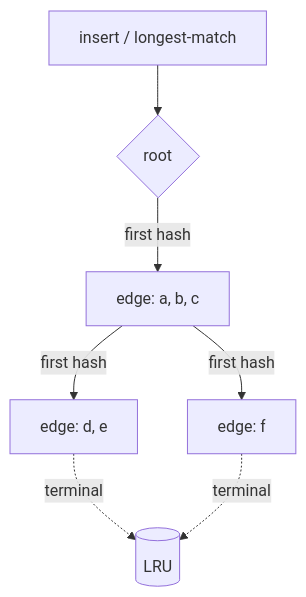
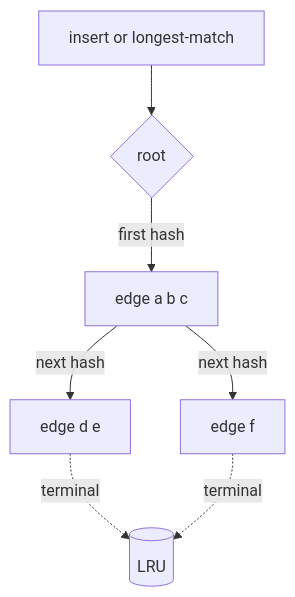
One commit to zxuhan/llm-router changed the second of 2 diagrams in docs/architecture.md. Above: the diagram before and after it, drawn with Mermaid. The commit also changed other lines of this file and 14 other files, not shown here.

````diff
--- a/docs/architecture.md
+++ b/docs/architecture.md
@@ -123,9 +123,9 @@
 ```mermaid
 flowchart TD
-    A[insert / longest-match] --> B{root}
-    B -->|first hash| N1[edge: a, b, c]
-    N1 -->|first hash| N2[edge: d, e]
-    N1 -->|first hash| N3[edge: f]
+    A["insert or longest-match"] --> B{root}
+    B -->|first hash| N1["edge a b c"]
+    N1 -->|next hash| N2["edge d e"]
+    N1 -->|next hash| N3["edge f"]
     N2 -.terminal.-> L1[(LRU)]
     N3 -.terminal.-> L1
 ```
````
